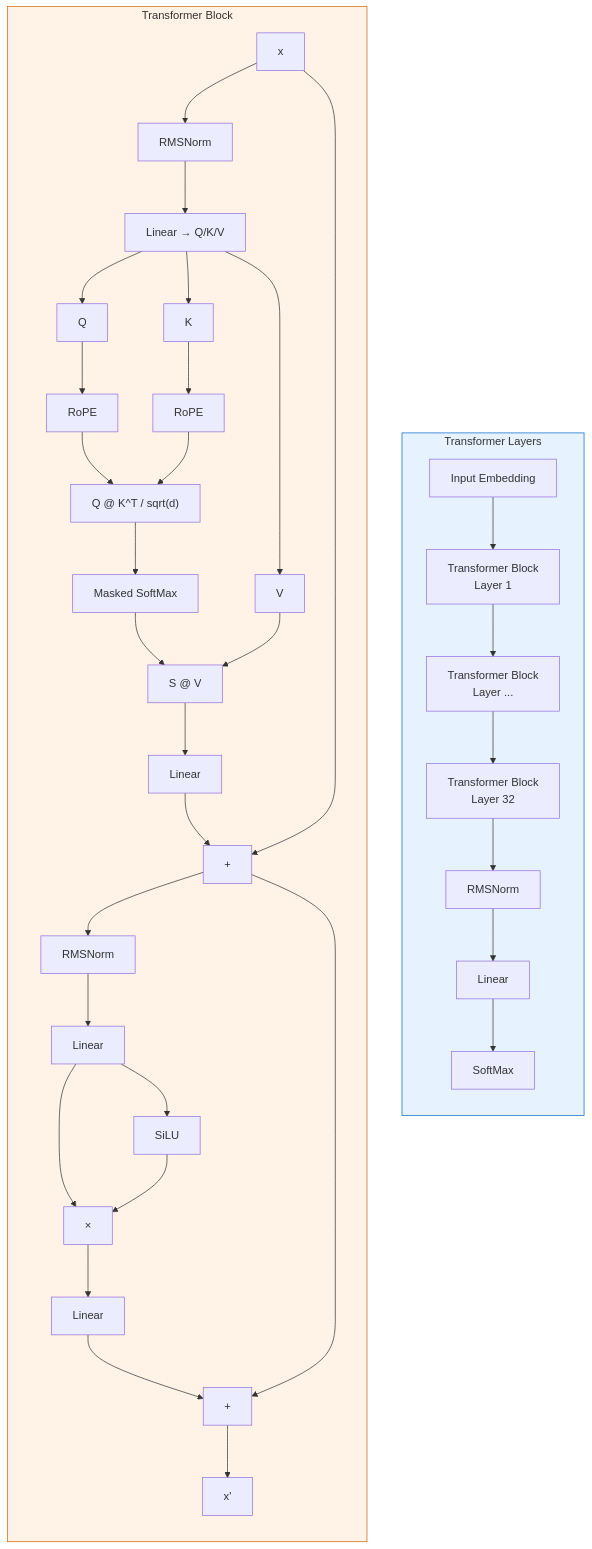
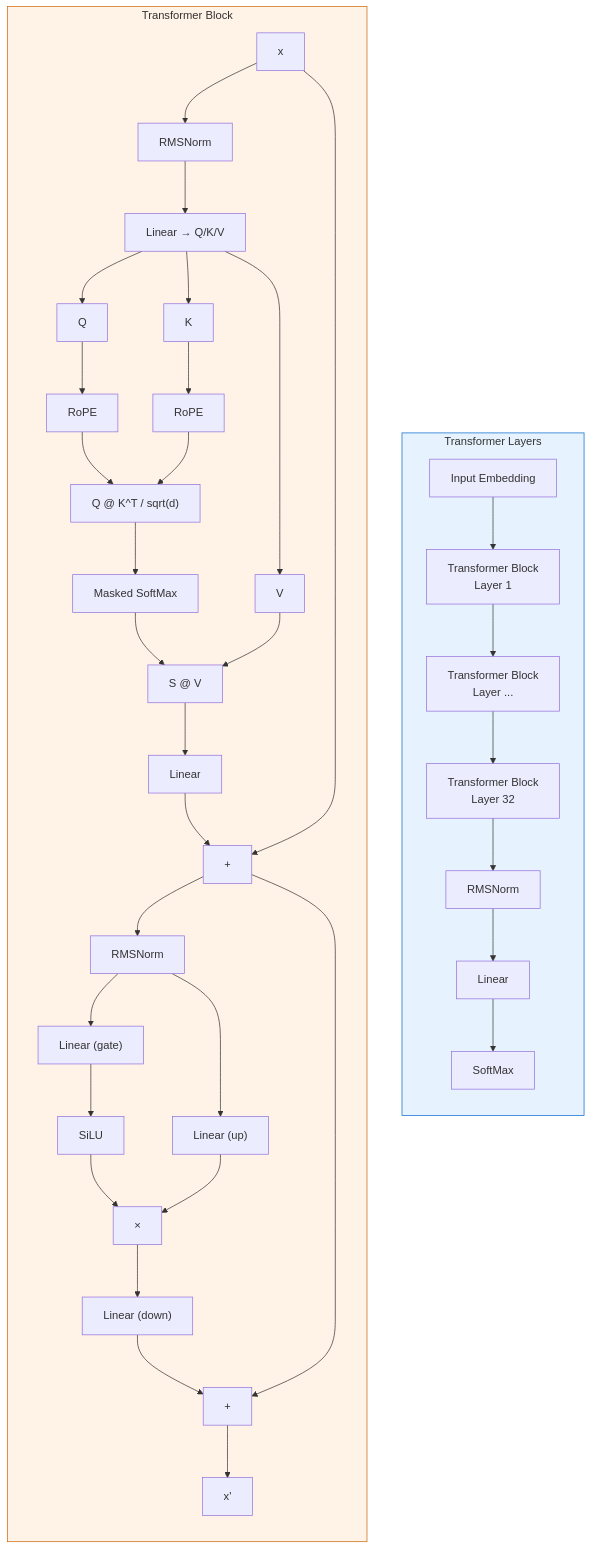
One commit to ViperEkura/KHAOSZ changed the diagram in assets/docs/introduction.md. Above: the diagram before and after it, drawn with Mermaid. The commit also changed other lines of this file and 7 other files, not shown here.

````diff
--- a/assets/docs/introduction.md
+++ b/assets/docs/introduction.md
@@ -21,45 +21,46 @@
 ```mermaid
 flowchart TB
     subgraph Layers["Transformer Layers"]
         direction TB
         A[Input Embedding] --> B[Transformer Block\nLayer 1]
         B --> C[Transformer Block\nLayer ...]
         C --> D[Transformer Block\nLayer 32]
         D --> E[RMSNorm]
         E --> F[Linear]
         F --> G[SoftMax]
     end
 
     subgraph TransformerBlock["Transformer Block"]
         direction TB
         H[x] --> I[RMSNorm]
         I --> J[Linear → Q/K/V]
         J --> K[Q]
         J --> L[K]
         J --> M[V]
         K --> N[RoPE]
         L --> O[RoPE]
         N --> P["Q @ K^T / sqrt(d)"]
         O --> P
         P --> Q[Masked SoftMax]
         Q --> R[S @ V]
         M --> R
         R --> S[Linear]
         S --> T[+]
         H --> T
         T --> U[RMSNorm]
-        U --> V[Linear]
-        V --> W[SiLU]
-        V --> X[×]
-        W --> X
-        X --> Y[Linear]
-        Y --> Z[+]
-        T --> Z
-        Z --> AA[x']
+        U --> V["Linear (gate)"]
+        U --> W["Linear (up)"]
+        V --> X[SiLU]
+        X --> Y[×]
+        W --> Y
+        Y --> Z["Linear (down)"]
+        Z --> AA[+]
+        T --> AA
+        AA --> BB[x']
     end
 
     classDef main fill:#e6f3ff,stroke:#0066cc;
     classDef block fill:#fff2e6,stroke:#cc6600;
     class Layers main;
     class TransformerBlock block;
 ```
````
